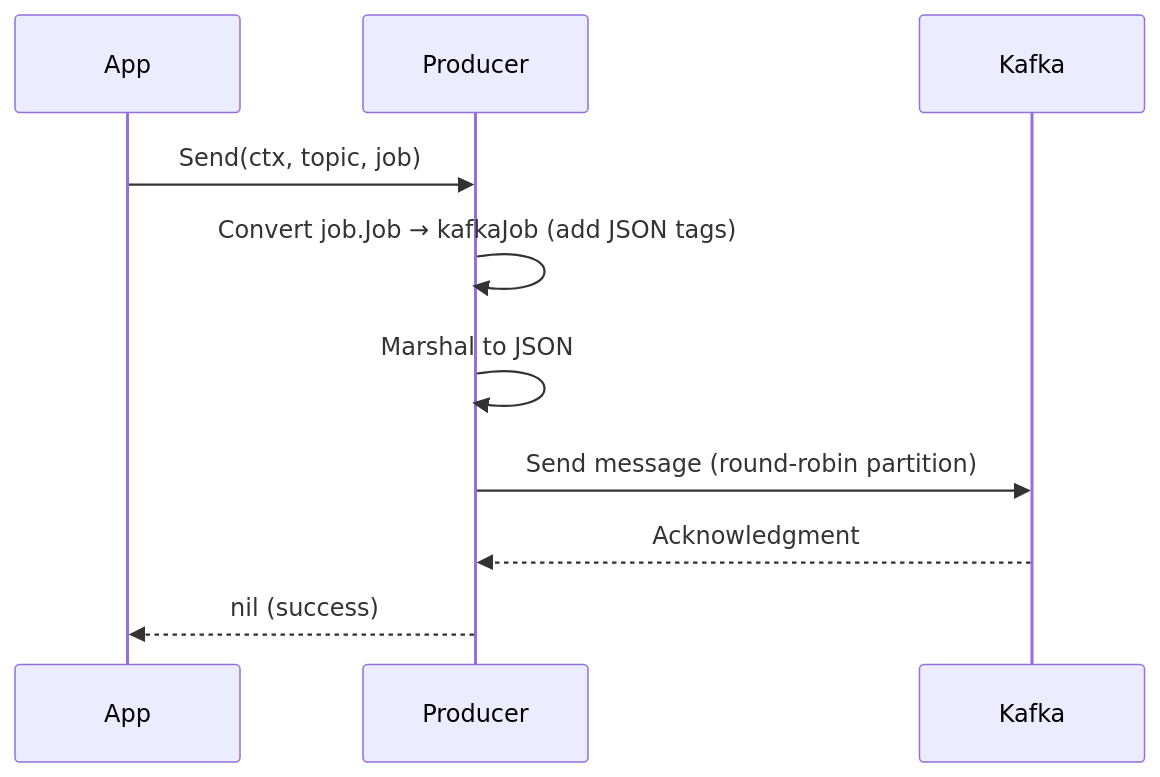
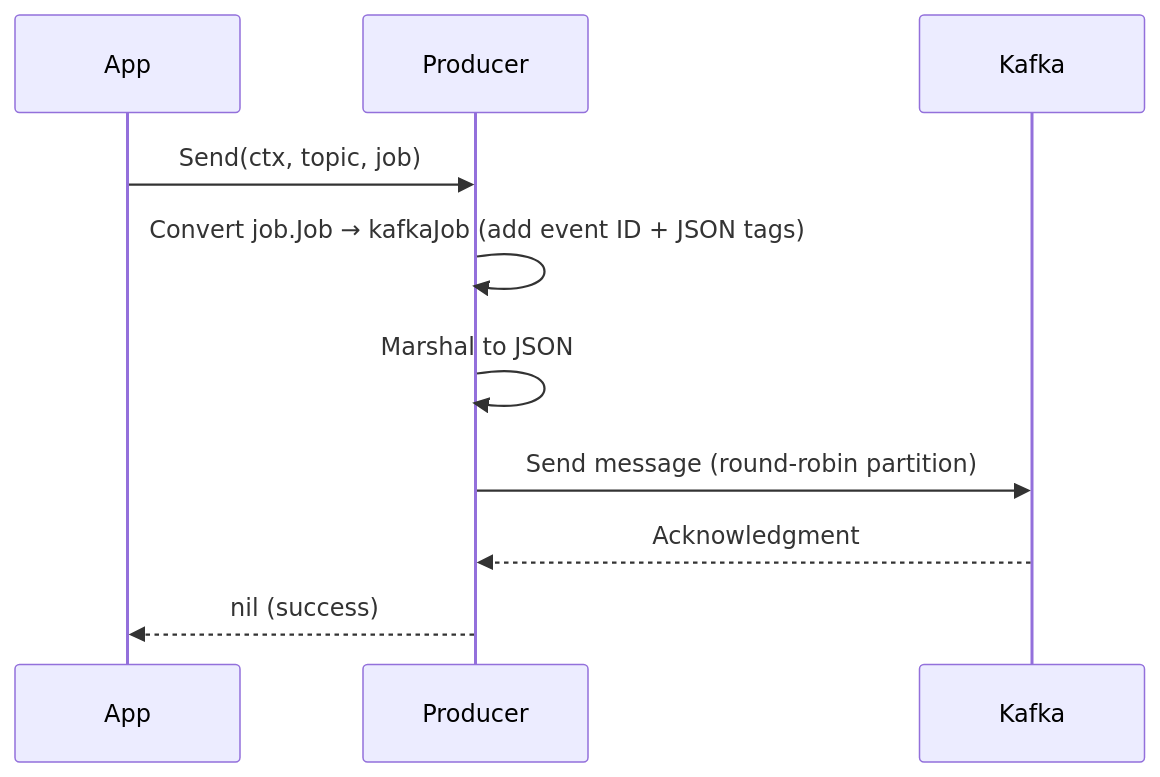
One commit to matmazurk/oidc-keepie changed the first of 11 diagrams in kafka/README.md. Above: the diagram before and after it, drawn with Mermaid. The commit also changed other lines of this file and 5 other files, not shown here.

````diff
--- a/kafka/README.md
+++ b/kafka/README.md
@@ -20,13 +20,13 @@
 ```mermaid
 sequenceDiagram
     participant App
     participant Producer
     participant Kafka
 
     App->>Producer: Send(ctx, topic, job)
-    Producer->>Producer: Convert job.Job → kafkaJob (add JSON tags)
+    Producer->>Producer: Convert job.Job → kafkaJob (add event ID + JSON tags)
     Producer->>Producer: Marshal to JSON
     Producer->>Kafka: Send message (round-robin partition)
     Kafka-->>Producer: Acknowledgment
     Producer-->>App: nil (success)
 ```
````
